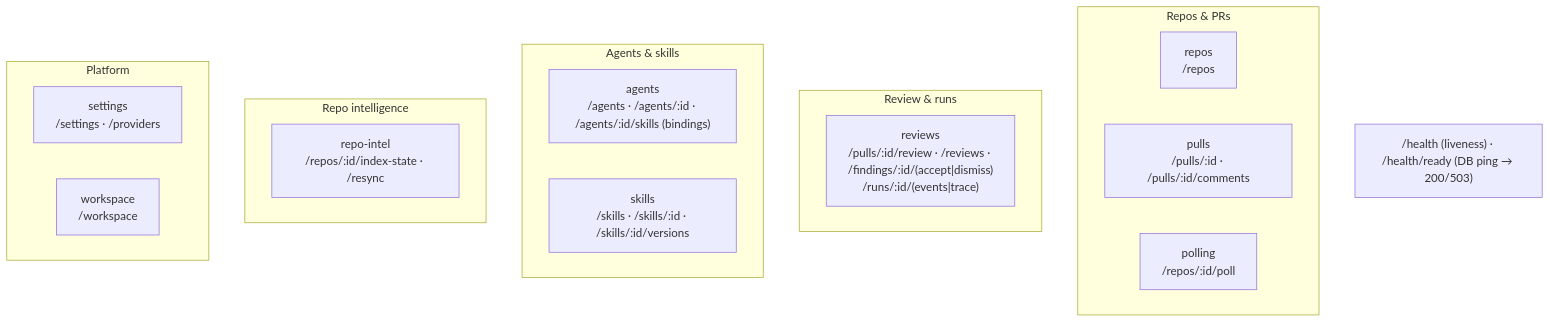
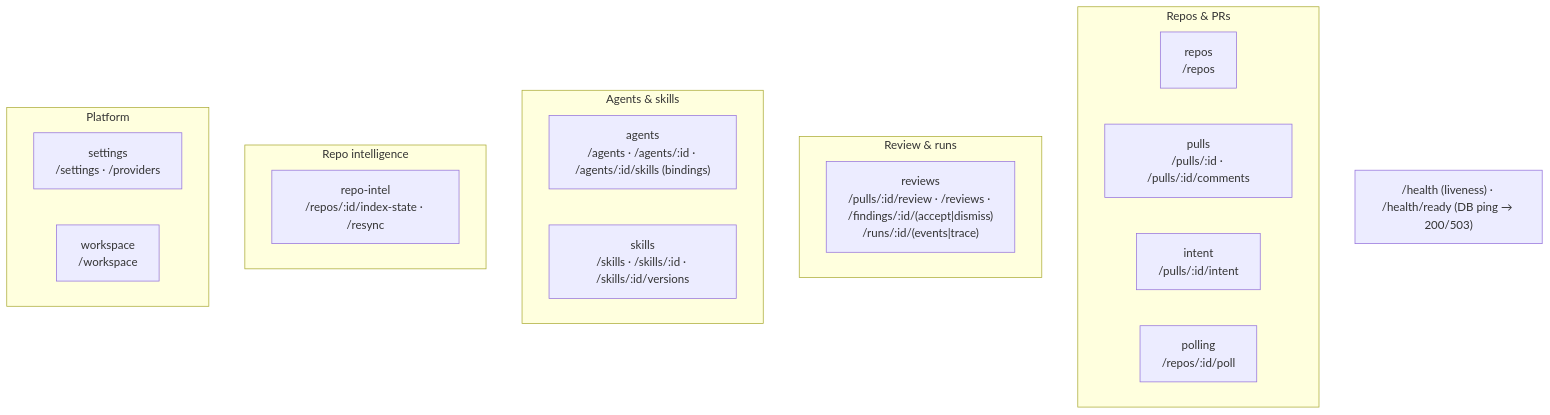
One commit to Holubinka/dev-digest changed the second of 2 diagrams in server/README.md. Above: the diagram before and after it, drawn with Mermaid. The commit also changed 1 other file, not shown here.

Commit message:
docs(server): put intent on the API map, and drop an eight-segment import
The intent module added two routes and was registered in `modules/index.ts`,
but `README.md`'s API map still showed nine modules with no intent node — and
that file is what the root CLAUDE.md sends you to before adding a route.

`IntentCard.test.tsx` reached its messages through eight `../` segments in a
route-colocated folder, which is the kind that gets moved. Three sibling tests
in the same subtree already use the alias.

Claude-Session: https://claude.ai/code/session_015Yc1BHjpZkFeGQKTpMDZbz

````diff
--- a/server/README.md
+++ b/server/README.md
@@ -64,23 +64,24 @@
 ```mermaid
 flowchart TB
   subgraph Repos_PRs["Repos & PRs"]
     repos["repos<br/>/repos"]
     pulls["pulls<br/>/pulls/:id · /pulls/:id/comments"]
+    intent["intent<br/>/pulls/:id/intent"]
     polling["polling<br/>/repos/:id/poll"]
   end
   subgraph Review["Review & runs"]
     reviews["reviews<br/>/pulls/:id/review · /reviews · /findings/:id/(accept|dismiss)<br/>/runs/:id/(events|trace)"]
   end
   subgraph Agents["Agents & skills"]
     agents["agents<br/>/agents · /agents/:id · /agents/:id/skills (bindings)"]
     skills["skills<br/>/skills · /skills/:id · /skills/:id/versions"]
   end
   subgraph Intel["Repo intelligence"]
     repoIntel["repo-intel<br/>/repos/:id/index-state · /resync"]
   end
   subgraph Platform["Platform"]
     settings["settings<br/>/settings · /providers"]
     workspace["workspace<br/>/workspace"]
   end
   HEALTH["/health (liveness) · /health/ready (DB ping → 200/503)"]
 ```
````
